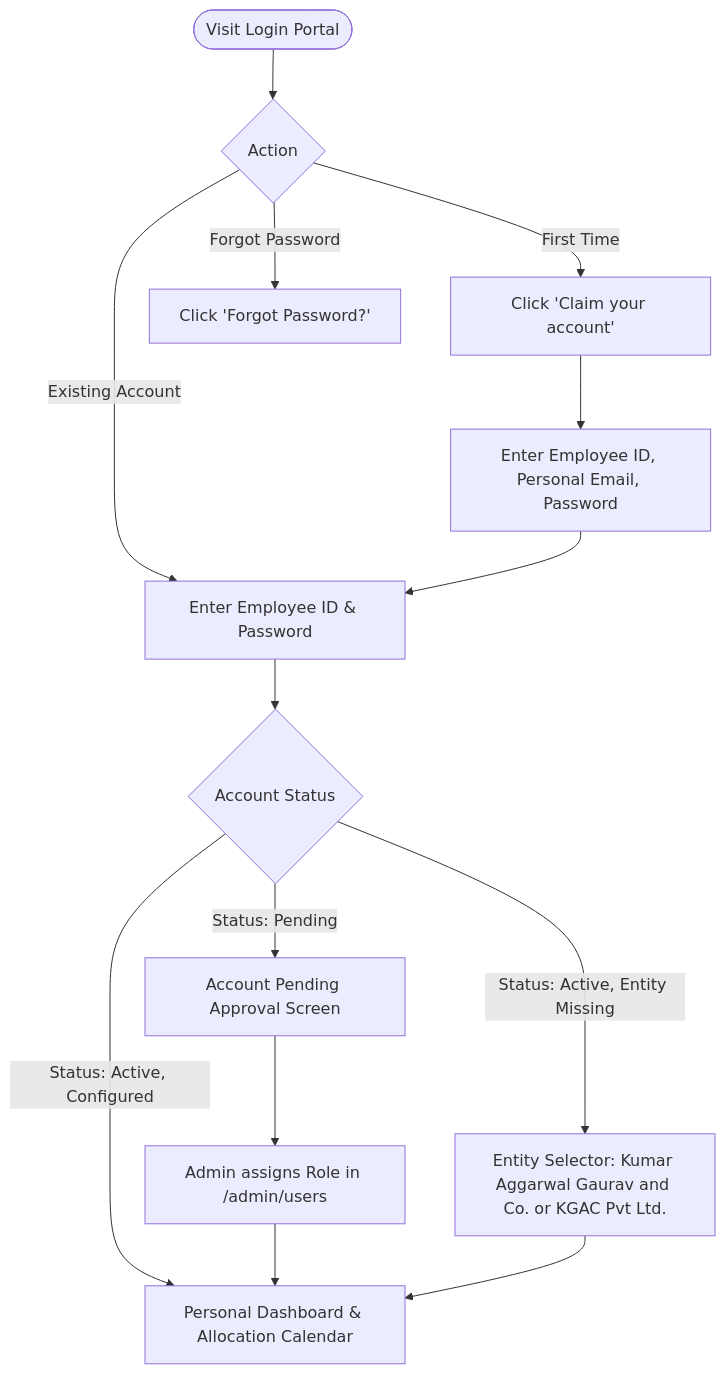
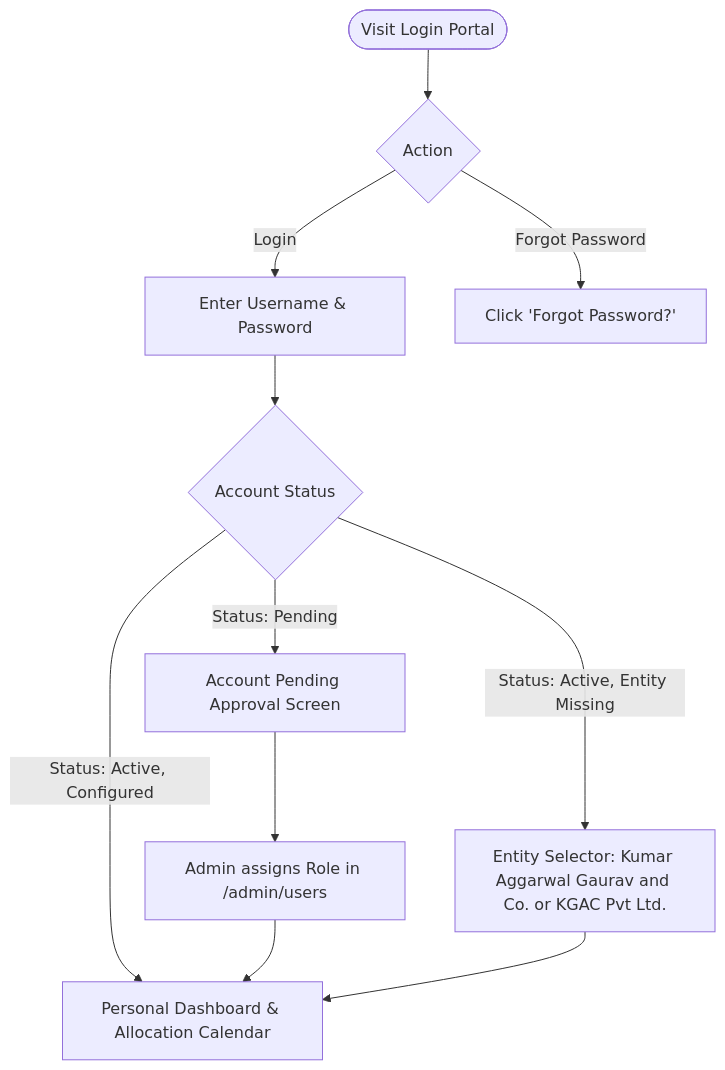
One commit to Rachit-Goyal238/kgac-allocation changed the second of 3 diagrams in docs/guides/MASTER_USER_WALKTHROUGH_GUIDE.md. Above: the diagram before and after it, drawn with Mermaid. The commit also changed other lines of this file and 14 other files, not shown here.

Commit message:
feat: implement admin auto-provisioning and username login

````diff
--- a/docs/guides/MASTER_USER_WALKTHROUGH_GUIDE.md
+++ b/docs/guides/MASTER_USER_WALKTHROUGH_GUIDE.md
@@ -91,20 +91,16 @@
 ```mermaid
 graph TD
     Start([Visit Login Portal]) --> AuthChoice{Action}
-    AuthChoice -->|Existing Account| UserPass[Enter Employee ID & Password]
-    AuthChoice -->|First Time| Claim[Click 'Claim your account']
+    AuthChoice -->|Login| UserPass[Enter Username & Password]
     AuthChoice -->|Forgot Password| Reset[Click 'Forgot Password?']
-    
-    Claim --> CreateAcc[Enter Employee ID, Personal Email, Password]
-    CreateAcc --> UserPass
     
     UserPass --> StatusCheck{Account Status}
     
     StatusCheck -->|Status: Pending| PendingScreen[Account Pending Approval Screen]
     StatusCheck -->|Status: Active, Entity Missing| EntityModal[Entity Selector: Kumar Aggarwal Gaurav and Co. or KGAC Pvt Ltd.]
     StatusCheck -->|Status: Active, Configured| AppHome[Personal Dashboard & Allocation Calendar]
     
     PendingScreen --> AdminReview[Admin assigns Role in /admin/users]
     AdminReview --> AppHome
     EntityModal --> AppHome
 ```
````
